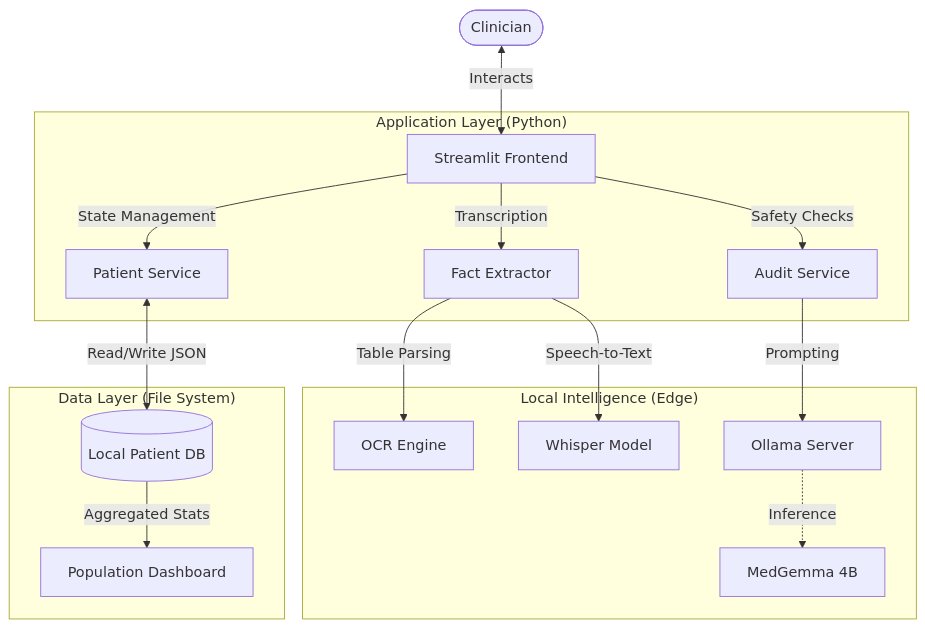
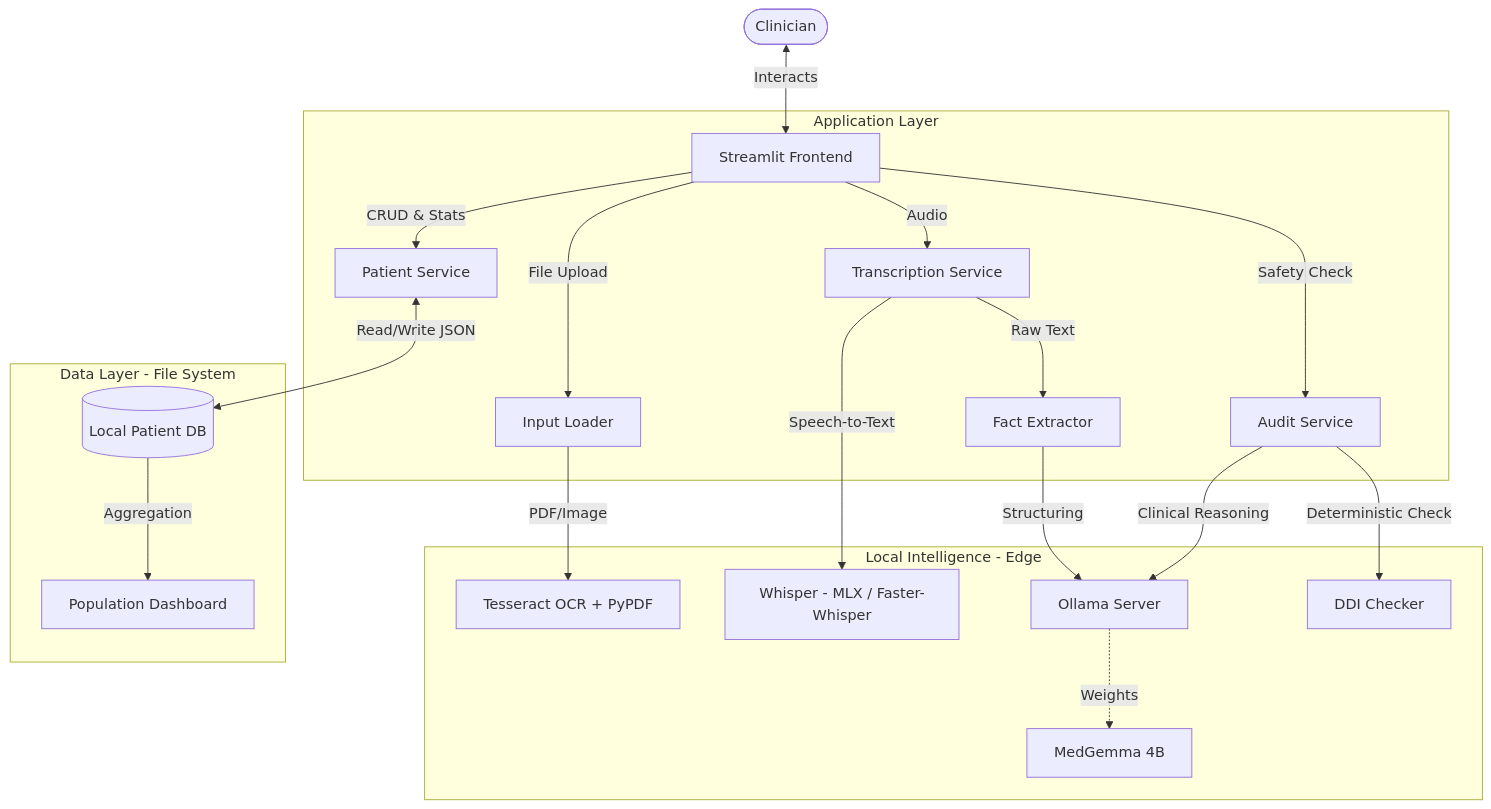
One commit to Magma4/sentinel changed the diagram in README.md. Above: the diagram before and after it, drawn with Mermaid. The commit also changed other lines of this file, not shown here.

Commit message:
Updated architecture

````diff
--- a/README.md
+++ b/README.md
@@ -38,23 +38,26 @@
 ```mermaid
 graph TD
     User([Clinician]) <-->|Interacts| UI[Streamlit Frontend]
 
-    subgraph "Application Layer (Python)"
-        UI -->|State Management| PatientService[Patient Service]
-        UI -->|Transcription| FactExtractor[Fact Extractor]
-        UI -->|Safety Checks| AuditService[Audit Service]
+    subgraph "Application Layer"
+        UI -->|File Upload| InputLoader[Input Loader]
+        UI -->|Audio| TranscriptionService[Transcription Service]
+        TranscriptionService -->|Raw Text| FactExtractor[Fact Extractor]
+        UI -->|Safety Check| AuditService[Audit Service]
+        UI -->|CRUD & Stats| PatientService[Patient Service]
     end
 
-    subgraph "Local Intelligence (Edge)"
-        FactExtractor -->|Table Parsing| Tesseract[OCR Engine]
-        FactExtractor -->|Speech-to-Text| Whisper[Whisper Model]
-
-        AuditService -->|Prompting| Ollama[Ollama Server]
-        Ollama -.->|Inference| MedGemma[MedGemma 4B]
+    subgraph "Local Intelligence - Edge"
+        InputLoader -->|PDF/Image| OCR[Tesseract OCR + PyPDF]
+        TranscriptionService -->|Speech-to-Text| Whisper["Whisper - MLX / Faster-Whisper"]
+        FactExtractor -->|Structuring| Ollama[Ollama Server]
+        AuditService -->|Clinical Reasoning| Ollama
+        AuditService -->|Deterministic Check| DDIChecker[DDI Checker]
+        Ollama -.->|Weights| MedGemma[MedGemma 4B]
     end
 
-    subgraph "Data Layer (File System)"
+    subgraph "Data Layer - File System"
         PatientService <-->|Read/Write JSON| Storage[(Local Patient DB)]
-        Storage -->|Aggregated Stats| PopHealth[Population Dashboard]
+        Storage -->|Aggregation| PopHealth[Population Dashboard]
     end
 ```
````
